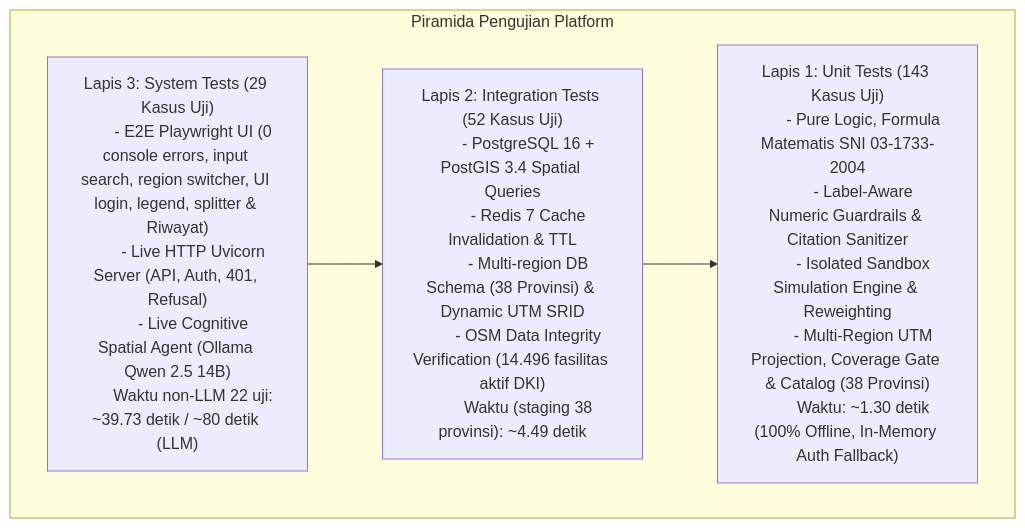
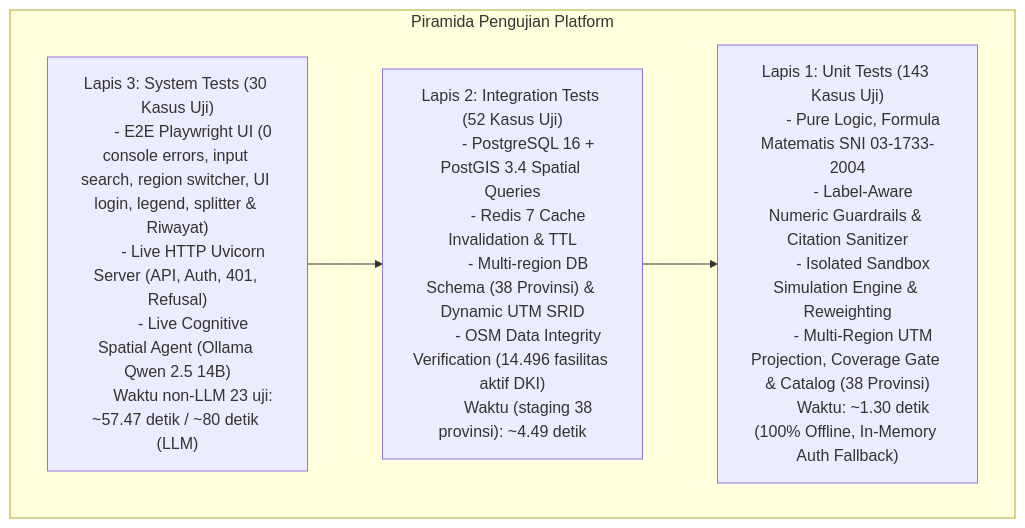
The diagram in docs/TESTING.md (Naputriz/District-Resource-Profiling), drawn with Mermaid before and after one commit. The commit also changed other lines of this file and 2 other files, not shown here.

````diff
--- a/docs/TESTING.md
+++ b/docs/TESTING.md
@@ -12,27 +12,27 @@
 ```mermaid
 flowchart TD
     subgraph Pyramid ["Piramida Pengujian Platform"]
-        SYS["Lapis 3: System Tests (29 Kasus Uji)
+        SYS["Lapis 3: System Tests (30 Kasus Uji)
         - E2E Playwright UI (0 console errors, input search, region switcher, UI login, legend, splitter & Riwayat)
         - Live HTTP Uvicorn Server (API, Auth, 401, Refusal)
         - Live Cognitive Spatial Agent (Ollama Qwen 2.5 14B)
-        Waktu non-LLM 22 uji: ~39.73 detik / ~80 detik (LLM)"]
+        Waktu non-LLM 23 uji: ~57.47 detik / ~80 detik (LLM)"]
         
         INT["Lapis 2: Integration Tests (52 Kasus Uji)
         - PostgreSQL 16 + PostGIS 3.4 Spatial Queries
         - Redis 7 Cache Invalidation & TTL
         - Multi-region DB Schema (38 Provinsi) & Dynamic UTM SRID
         - OSM Data Integrity Verification (14.496 fasilitas aktif DKI)
         Waktu (staging 38 provinsi): ~4.49 detik"]
         
         UNIT["Lapis 1: Unit Tests (143 Kasus Uji)
         - Pure Logic, Formula Matematis SNI 03-1733-2004
         - Label-Aware Numeric Guardrails & Citation Sanitizer
         - Isolated Sandbox Simulation Engine & Reweighting
         - Multi-Region UTM Projection, Coverage Gate & Catalog (38 Provinsi)
         Waktu: ~1.30 detik (100% Offline, In-Memory Auth Fallback)"]
     end
 
     SYS --> INT
     INT --> UNIT
 ```
````
